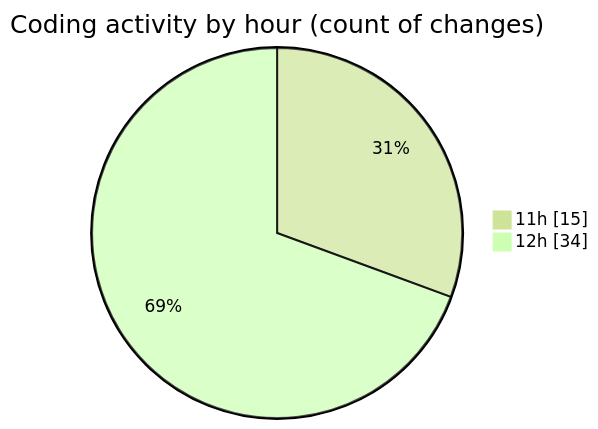
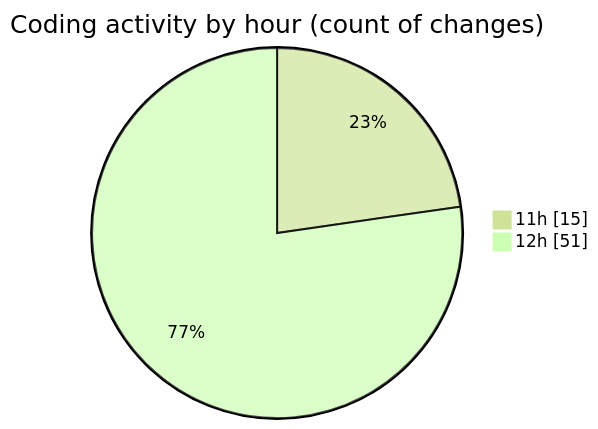
The second of 2 diagrams in 2025-04-15/nxtqube_webapp/README.md (nxtqubesakshisongat/code-tracking), drawn with Mermaid (forest theme) before and after one commit. The commit also changed other lines of this file and 1 other file, not shown here.

````diff
--- a/2025-04-15/nxtqube_webapp/README.md
+++ b/2025-04-15/nxtqube_webapp/README.md
@@ -34,6 +35,6 @@
 ```mermaid
 pie showData
 title Coding activity by hour (count of changes)
 "11h" : 15
-"12h" : 34
+"12h" : 51
 ```
````
